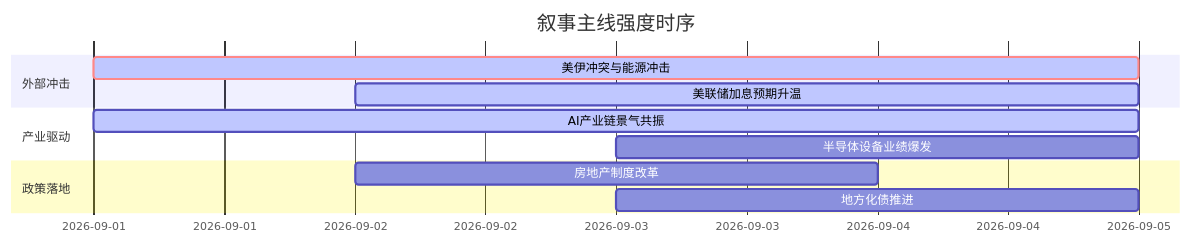
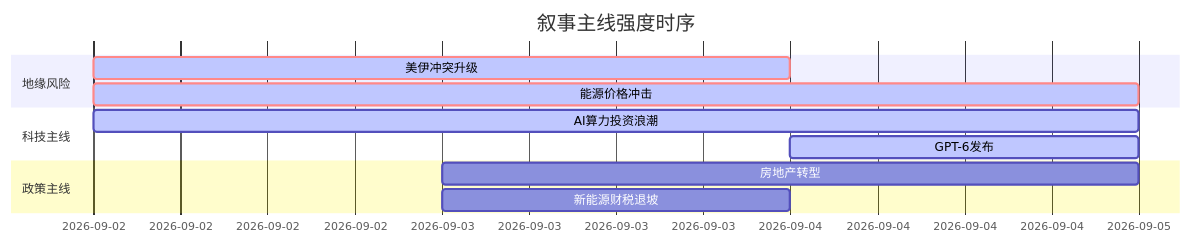
The diagram in 5day_report.md (uu5zn/uu5zn.github.io), drawn with Mermaid before and after one commit. The commit also changed other lines of this file and 23 other files, not shown here.

````diff
--- a/5day_report.md
+++ b/5day_report.md
@@ -56,16 +58,16 @@
 ```mermaid
 gantt
     title 叙事主线强度时序
     dateFormat YYYY-MM-DD
-    section 外部冲击
-    美伊冲突与能源冲击   :crit, active, 2026-09-01, 4d
-    美联储加息预期升温   :active, 2026-09-02, 3d
+    section 地缘风险
+    美伊冲突升级     :crit, active, 2026-09-02, 2d
+    能源价格冲击     :crit, active, 2026-09-02, 3d
     
-    section 产业驱动
-    AI产业链景气共振     :active, 2026-09-01, 4d
-    半导体设备业绩爆发   :2026-09-03, 2d
+    section 科技主线
+    AI算力投资浪潮   :active, 2026-09-02, 3d
+    GPT-6发布        :active, 2026-09-04, 1d
     
-    section 政策落地
-    房地产制度改革       :2026-09-02, 2d
-    地方化债推进         :2026-09-03, 2d
+    section 政策主线
+    房地产转型       :2026-09-03, 2d
+    新能源财税退坡   :2026-09-03, 1d
 ```
````
